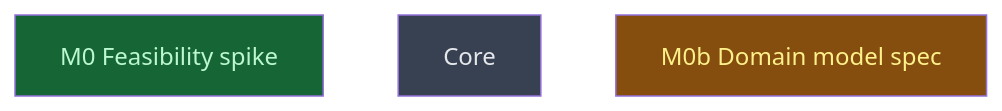
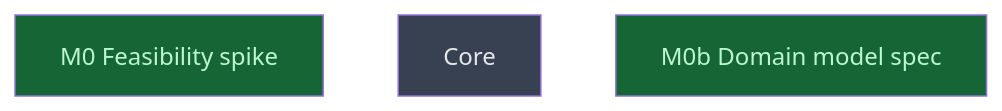
Before and after one commit to CrackingShells/cracking-shells-playbook: the diagram in __roadmap__/roadmap-mcp-rework/README.md, drawn with Mermaid. The commit also changed other lines of this file, not shown here.

Commit message:
chore(roadmap): mark the m0b domain model spec done
The specs, the rdm-schema crate, the review amendment and the
knowledge-transfer report are merged.

````diff
--- a/__roadmap__/roadmap-mcp-rework/README.md
+++ b/__roadmap__/roadmap-mcp-rework/README.md
@@ -36,11 +36,11 @@
 ```mermaid
 graph TD
     m0_feasibility_spike[M0 Feasibility spike]:::done
     core[Core]:::planned
-    m0b_domain_model_spec[M0b Domain model spec]:::inprogress
+    m0b_domain_model_spec[M0b Domain model spec]:::done
     classDef done       fill:#166534,color:#bbf7d0
     classDef inprogress fill:#854d0e,color:#fef08a
     classDef planned    fill:#374151,color:#e5e7eb
     classDef amendment  fill:#1e3a5f,color:#bfdbfe
     classDef blocked    fill:#7f1d1d,color:#fecaca
 ```
````
